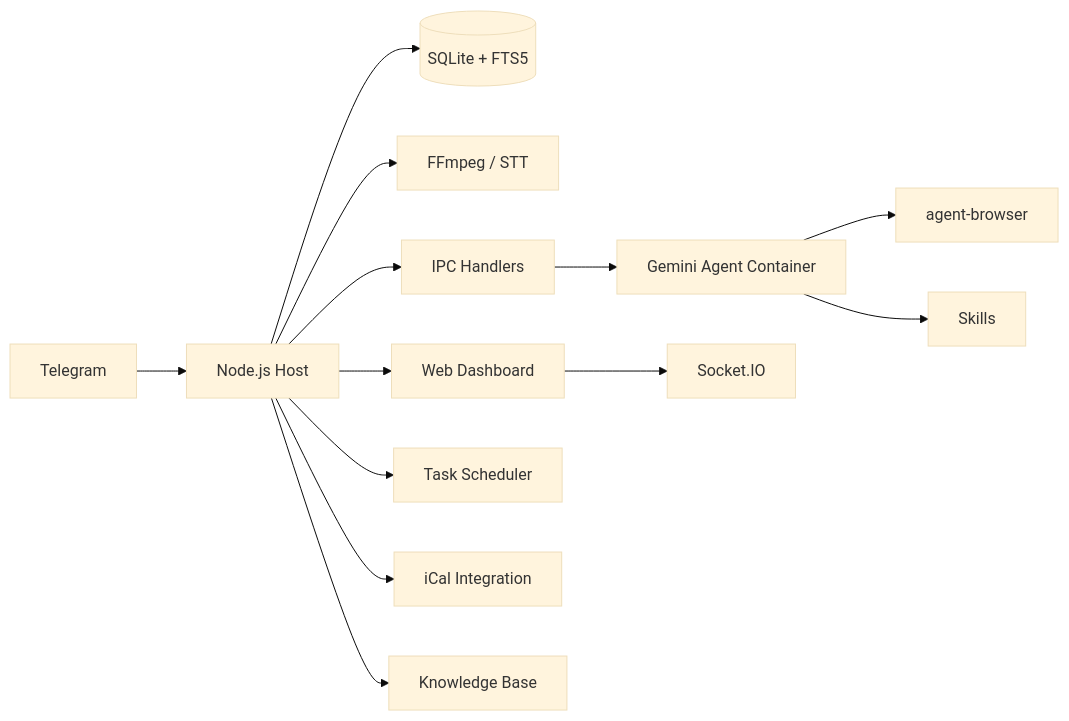
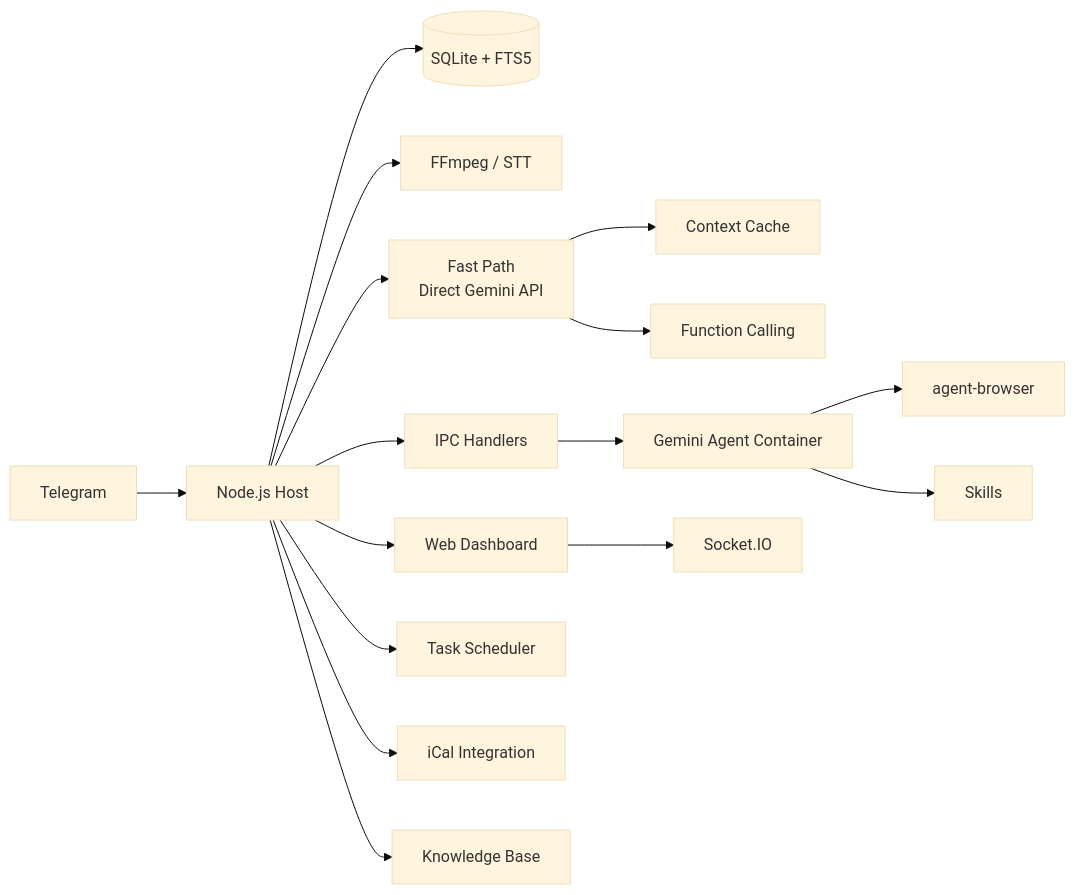
The diagram in README.md (Rlin1027/NanoGemClaw), drawn with Mermaid (base theme) before and after one commit. The commit also changed other lines of this file and 1 other file, not shown here.

First line of the commit message:
docs: add CHANGELOG.md and update README.md with fast path documentation

````diff
--- a/README.md
+++ b/README.md
@@ -188,15 +201,18 @@
 ```mermaid
 graph LR
     TG[Telegram] --> Bot[Node.js Host]
     Bot --> DB[(SQLite + FTS5)]
     Bot --> STT[FFmpeg / STT]
+    Bot --> FP[Fast Path<br/>Direct Gemini API]
+    FP --> Cache[Context Cache]
+    FP --> FC[Function Calling]
     Bot --> IPC[IPC Handlers]
     IPC --> Container[Gemini Agent Container]
     Container --> Browser[agent-browser]
     Container --> Skills[Skills]
     Bot --> Dashboard[Web Dashboard]
     Dashboard --> WS[Socket.IO]
     Bot --> Scheduler[Task Scheduler]
     Bot --> Calendar[iCal Integration]
     Bot --> Knowledge[Knowledge Base]
 ```
````
